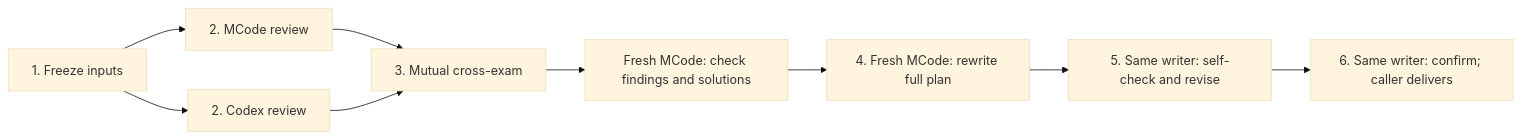
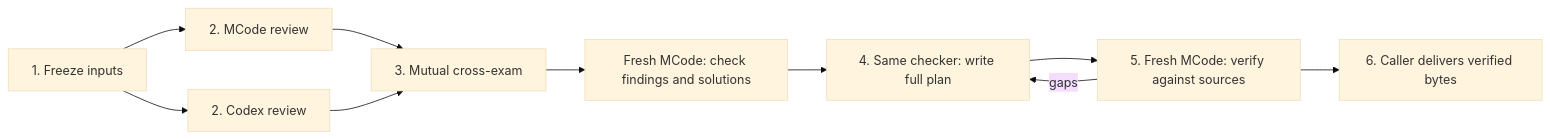
One commit to coder-xieshijie/agent-lord changed the diagram in README.md. Above: the diagram before and after it, drawn with Mermaid (base theme). The commit also changed other lines of this file and 41 other files, not shown here.

````diff
--- a/README.md
+++ b/README.md
@@ -62,11 +62,12 @@
 ```mermaid
 flowchart LR
   I["1. Freeze inputs"] --> A["2. MCode review"]
   I --> B["2. Codex review"]
   A --> X["3. Mutual cross-exam"]
   B --> X
   X --> C["Fresh MCode: check findings and solutions"]
-  C --> D["4. Fresh MCode: rewrite full plan"]
-  D --> S["5. Same writer: self-check and revise"]
-  S --> F["6. Same writer: confirm; caller delivers"]
+  C --> D["4. Same checker: write full plan"]
+  D --> V["5. Fresh MCode: verify against sources"]
+  V -- gaps --> D
+  V --> F["6. Caller delivers verified bytes"]
 ```
````
